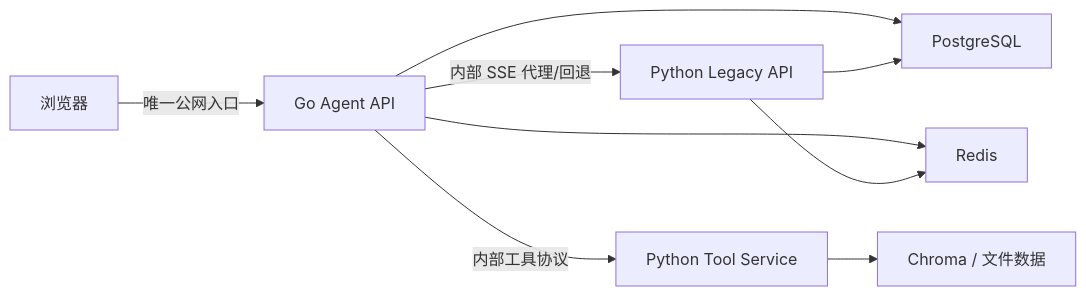
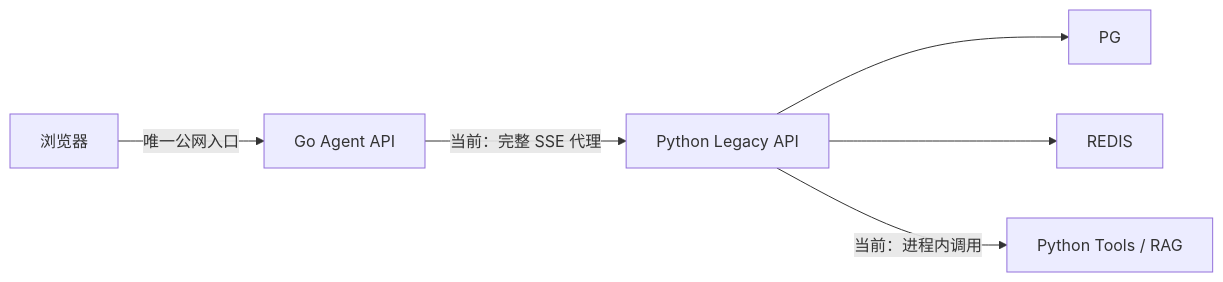
Before and after one commit to starslittle/agent: the fifth of 5 diagrams in PYTHON_TO_GO_MIGRATION.md, drawn with Mermaid. The commit also changed other lines of this file and 20 other files, not shown here.

````diff
--- a/PYTHON_TO_GO_MIGRATION.md
+++ b/PYTHON_TO_GO_MIGRATION.md
@@ -339,11 +339,8 @@
 ```mermaid
 flowchart LR
     USER["浏览器"] -->|唯一公网入口| GO["Go Agent API"]
-    GO -->|内部 SSE 代理/回退| PY["Python Legacy API"]
-    GO -->|内部工具协议| TOOLS["Python Tool Service"]
-    GO --> PG["PostgreSQL"]
-    GO --> REDIS["Redis"]
+    GO -->|当前：完整 SSE 代理| PY["Python Legacy API"]
     PY --> PG
     PY --> REDIS
-    TOOLS --> CHROMA["Chroma / 文件数据"]
+    PY -->|当前：进程内调用| TOOLS["Python Tools / RAG"]
 ```
````
